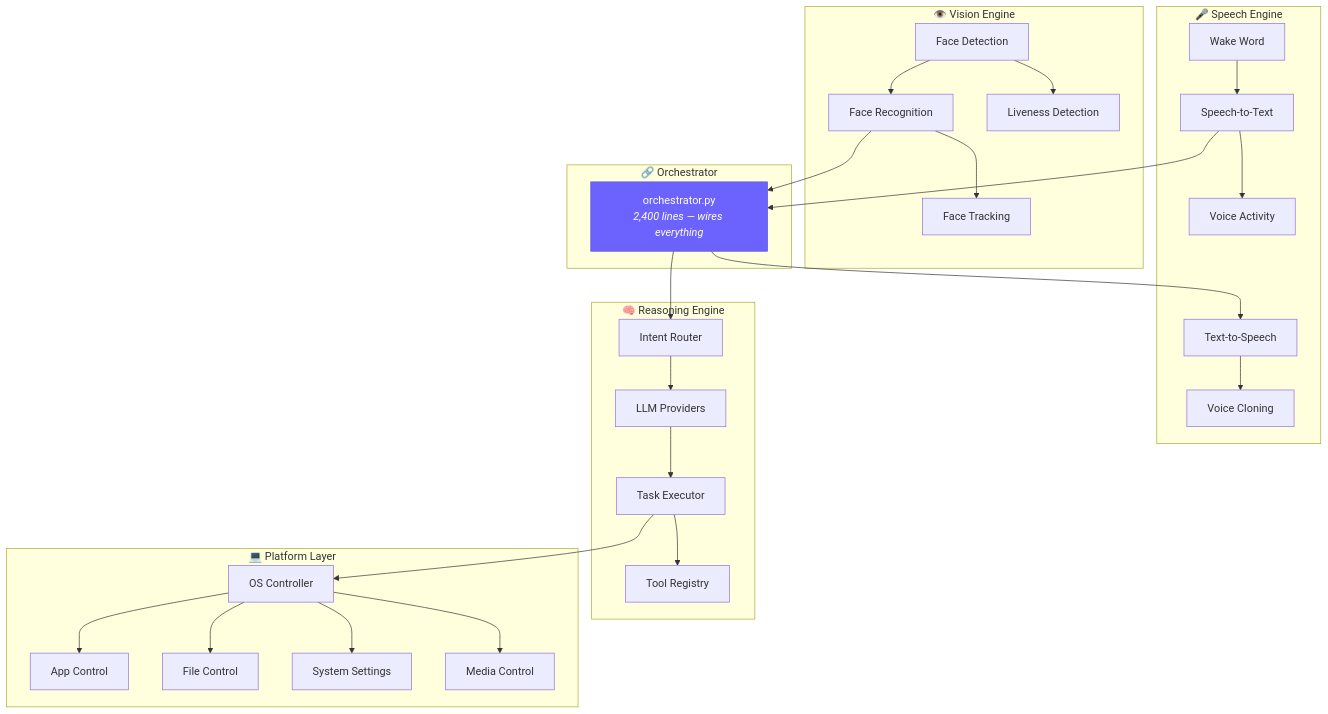
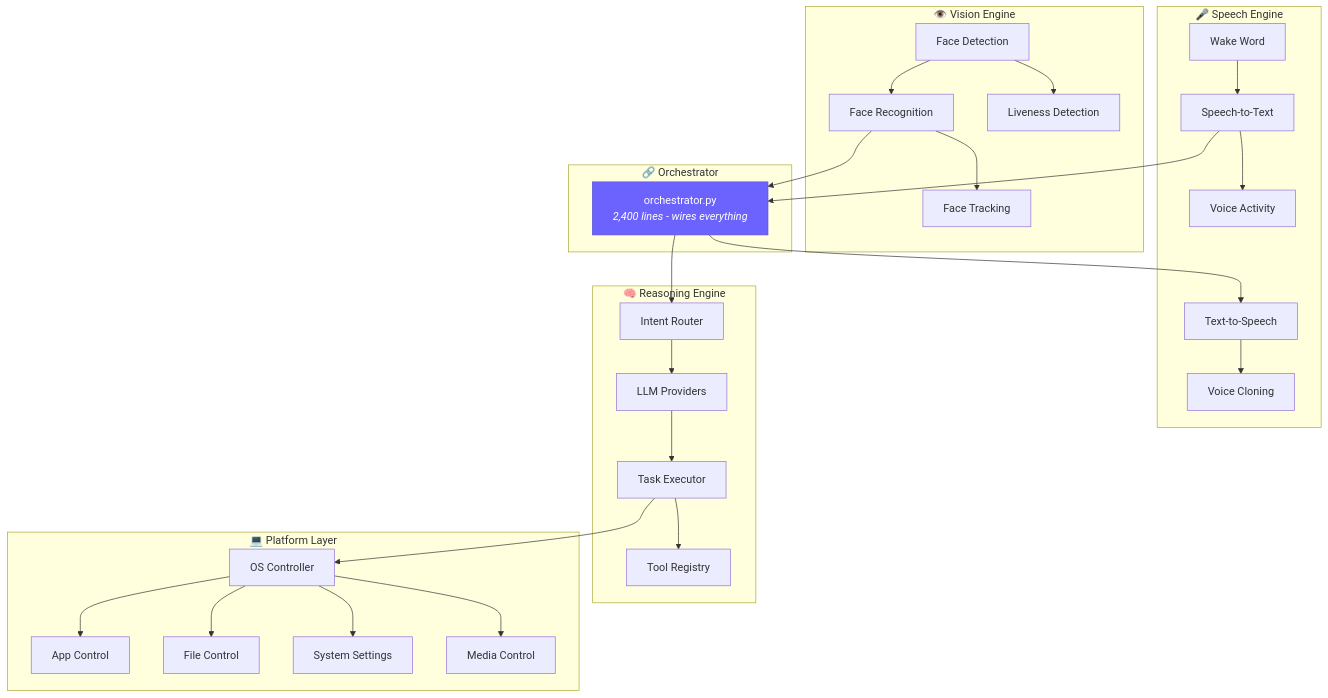
One commit to Surajsharma0804/Agent_Guru changed the second of 4 diagrams in README.md. Above: the diagram before and after it, drawn with Mermaid. The commit also changed other lines of this file and 49 other files, not shown here.

````diff
--- a/README.md
+++ b/README.md
@@ -141,39 +141,39 @@
 ```mermaid
 graph TB
     subgraph "🎤 Speech Engine"
         WW[Wake Word] --> STT[Speech-to-Text]
         STT --> VAD[Voice Activity]
         TTS[Text-to-Speech] --> VC[Voice Cloning]
     end
     
     subgraph "👁️ Vision Engine"
         FD[Face Detection] --> FR[Face Recognition]
         FR --> FT[Face Tracking]
         FD --> LD[Liveness Detection]
     end
     
     subgraph "🧠 Reasoning Engine"
         IR[Intent Router] --> LLM[LLM Providers]
         LLM --> TE[Task Executor]
         TE --> TR[Tool Registry]
     end
     
     subgraph "💻 Platform Layer"
         OC[OS Controller] --> AC[App Control]
         OC --> FC[File Control]
         OC --> SC[System Settings]
         OC --> MC[Media Control]
     end
     
     subgraph "🔗 Orchestrator"
-        ORCH["orchestrator.py<br/><i>2,400 lines — wires everything</i>"]
+        ORCH["orchestrator.py<br/><i>2,400 lines - wires everything</i>"]
     end
     
     STT --> ORCH
     FR --> ORCH
     ORCH --> IR
     TE --> OC
     ORCH --> TTS
     
     style ORCH fill:#6C63FF,stroke:#5A52D5,color:#fff
 ```
````
